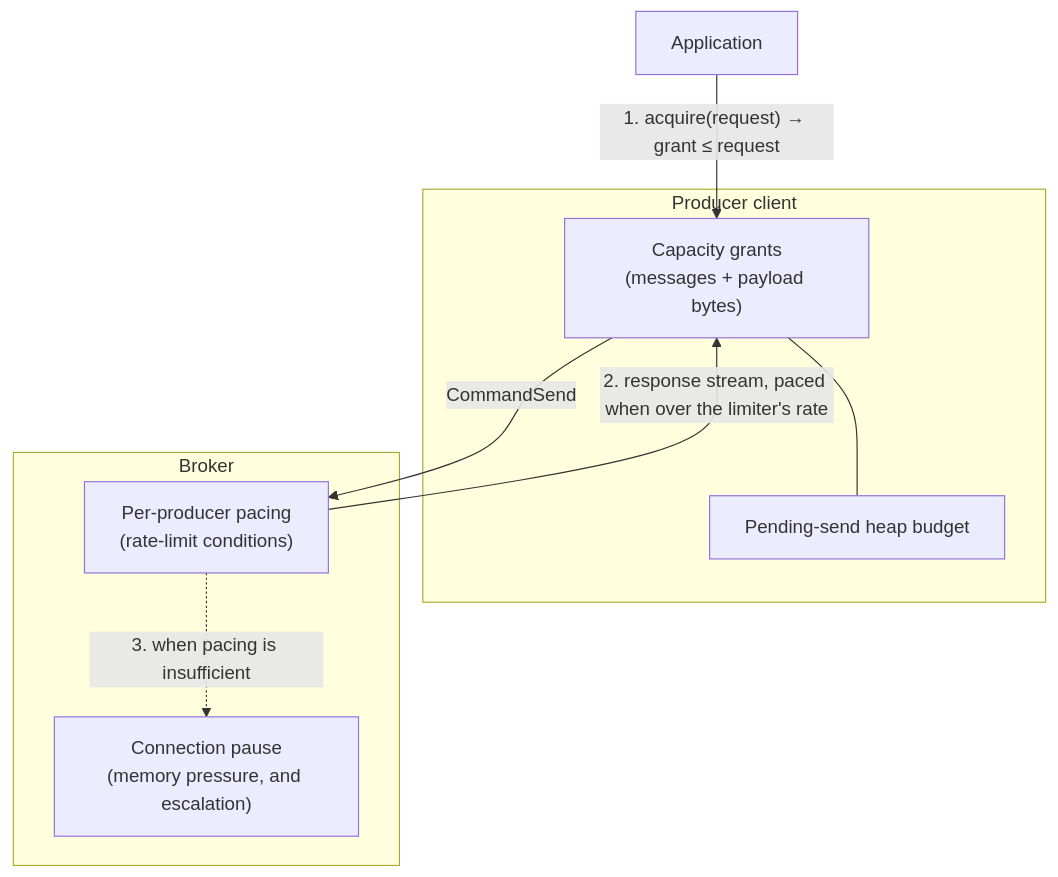
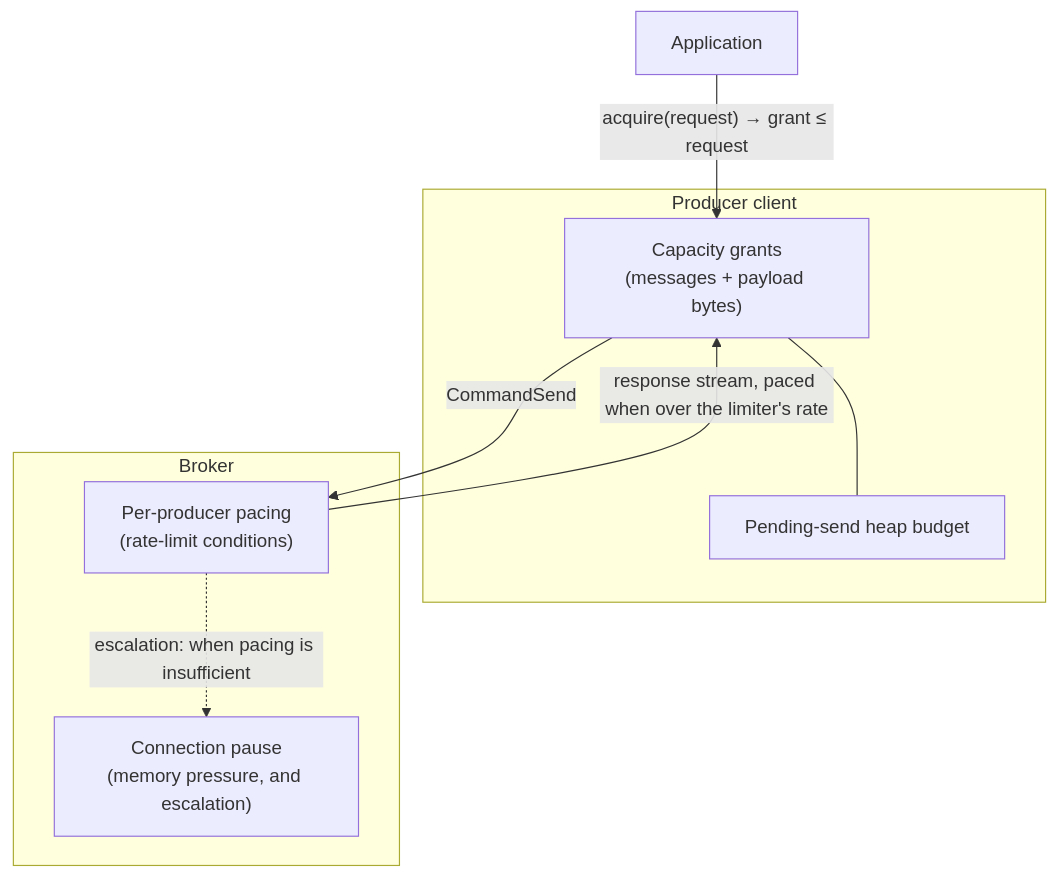
The diagram in pip/pip-494.md (lhotari/pulsar), drawn with Mermaid before and after one commit. The commit also changed other lines of this file, not shown here.

````diff
--- a/pip/pip-494.md
+++ b/pip/pip-494.md
@@ -114,17 +113,17 @@
 ```mermaid
 flowchart TB
-    App["Application"]
+App["Application"]
     subgraph Client["Producer client"]
-      Permits["Capacity grants<br/>(messages + payload bytes)"]
-      Heap["Pending-send heap budget"]
+Permits["Capacity grants<br/>(messages + payload bytes)"]
+Heap["Pending-send heap budget"]
     end
     subgraph Broker["Broker"]
-      Pace["Per-producer pacing<br/>(rate-limit conditions)"]
-      Auto["Connection pause<br/>(memory pressure, and escalation)"]
+Pace["Per-producer pacing<br/>(rate-limit conditions)"]
+Auto["Connection pause<br/>(memory pressure, and escalation)"]
     end
-    App -- "1. acquire(request) → grant ≤ request" --> Permits
-    Permits --- Heap
-    Permits -- "CommandSend" --> Pace
-    Pace -- "2. response stream, paced when over the limiter's rate" --> Permits
-    Pace -. "3. when pacing is insufficient" .-> Auto
+App -- "acquire(request) → grant ≤ request" --> Permits
+Permits --- Heap
+Permits -- "CommandSend" --> Pace
+Pace -- "response stream, paced when over the limiter's rate" --> Permits
+Pace -. "escalation: when pacing is insufficient" .-> Auto
 ```
````
